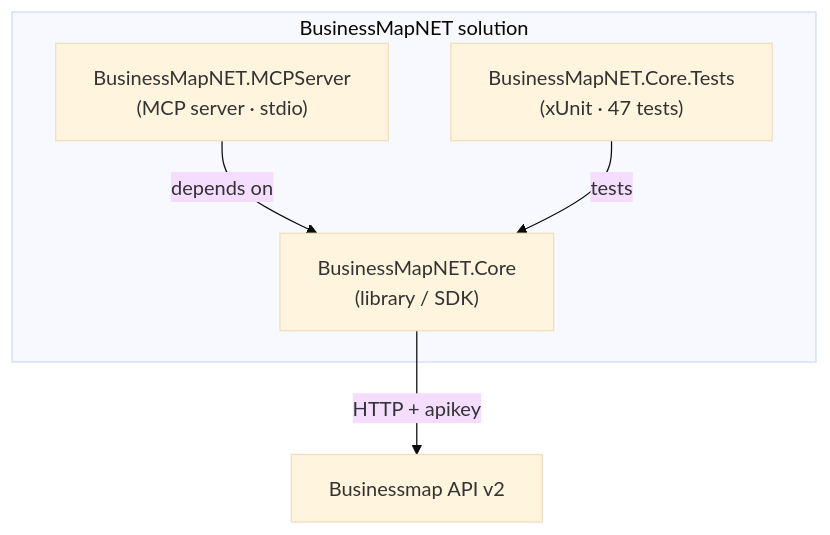
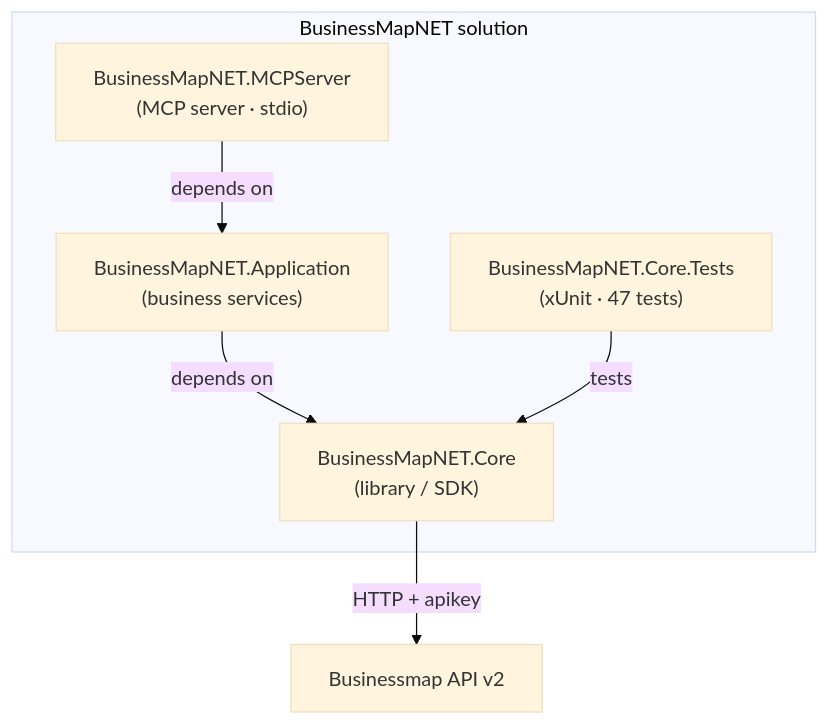
The first of 5 diagrams in README.md (dpuntos/Businessmap-MCP-Server), drawn with Mermaid (base theme) before and after one commit. The commit also changed other lines of this file and 30 other files, not shown here.

````diff
--- a/README.md
+++ b/README.md
@@ -157,13 +166,15 @@
 ```mermaid
 graph TD
 	subgraph Solution["BusinessMapNET solution"]
 		Core["BusinessMapNET.Core<br/>(library / SDK)"]
+		App["BusinessMapNET.Application<br/>(business services)"]
 		MCP["BusinessMapNET.MCPServer<br/>(MCP server · stdio)"]
 		Tests["BusinessMapNET.Core.Tests<br/>(xUnit · 47 tests)"]
 	end
 
-	MCP -->|"depends on"| Core
+	MCP -->|"depends on"| App
+	App -->|"depends on"| Core
 	Tests -->|"tests"| Core
 
 	Core -->|"HTTP + apikey"| API["Businessmap API v2"]
 ```
````
